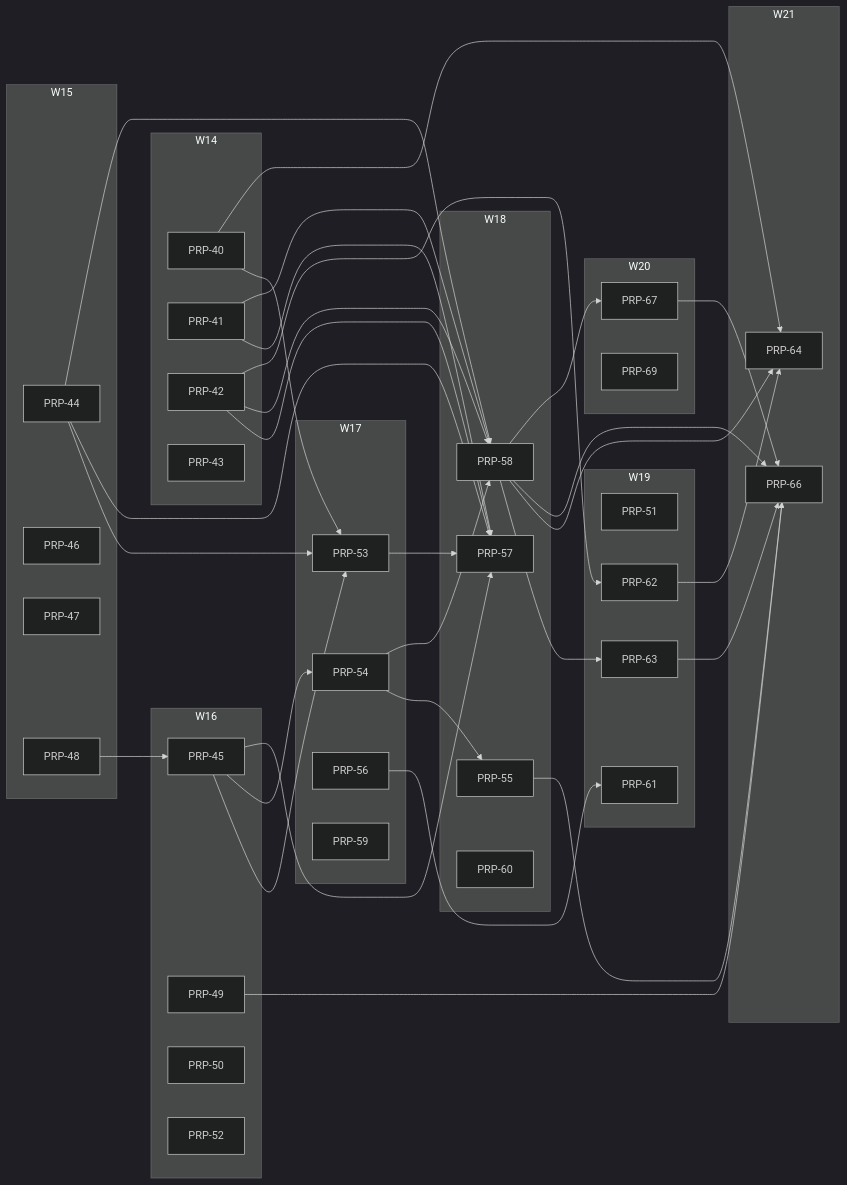
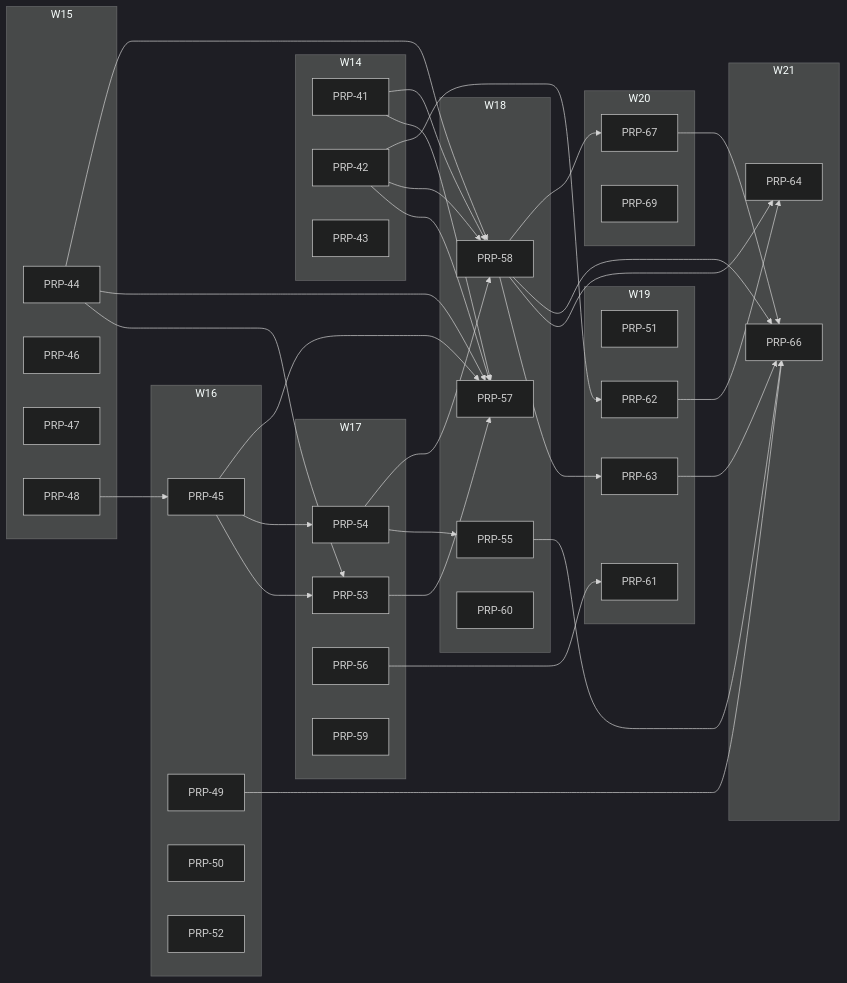
The diagram in PRPs/EXECUTION-PLAN.md (fgarofalo56/neurosphere), drawn with Mermaid (dark theme) before and after one commit. The commit also changed other lines of this file and 11 other files, not shown here.

````diff
--- a/PRPs/EXECUTION-PLAN.md
+++ b/PRPs/EXECUTION-PLAN.md
@@ -141,74 +140,71 @@
 ```mermaid
 flowchart LR
   subgraph W14
-    P40["PRP-40"]
     P41["PRP-41"]
     P42["PRP-42"]
     P43["PRP-43"]
   end
   subgraph W15
     P44["PRP-44"]
     P46["PRP-46"]
     P47["PRP-47"]
     P48["PRP-48"]
   end
   subgraph W16
     P45["PRP-45"]
     P49["PRP-49"]
     P50["PRP-50"]
     P52["PRP-52"]
   end
   subgraph W17
     P53["PRP-53"]
     P54["PRP-54"]
     P56["PRP-56"]
     P59["PRP-59"]
   end
   subgraph W18
     P57["PRP-57"]
     P55["PRP-55"]
     P58["PRP-58"]
     P60["PRP-60"]
   end
   subgraph W19
     P51["PRP-51"]
     P61["PRP-61"]
     P62["PRP-62"]
     P63["PRP-63"]
   end
   subgraph W20
     P67["PRP-67"]
     P69["PRP-69"]
   end
   subgraph W21
     P64["PRP-64"]
     P66["PRP-66"]
   end
   P48 --> P45
-  P40 --> P53
   P44 --> P53
   P45 --> P53
   P45 --> P54
   P54 --> P55
   P41 --> P57
   P42 --> P57
   P44 --> P57
   P45 --> P57
   P53 --> P57
   P41 --> P58
   P42 --> P58
   P44 --> P58
   P54 --> P58
   P56 --> P61
   P42 --> P62
   P58 --> P63
-  P40 --> P64
   P58 --> P64
   P62 --> P64
   P49 --> P66
   P55 --> P66
   P58 --> P66
   P63 --> P66
   P67 --> P66
   P58 --> P67
 ```
````
